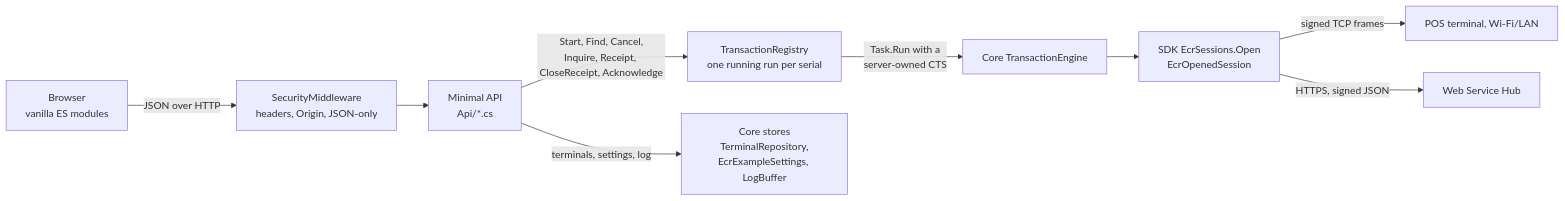
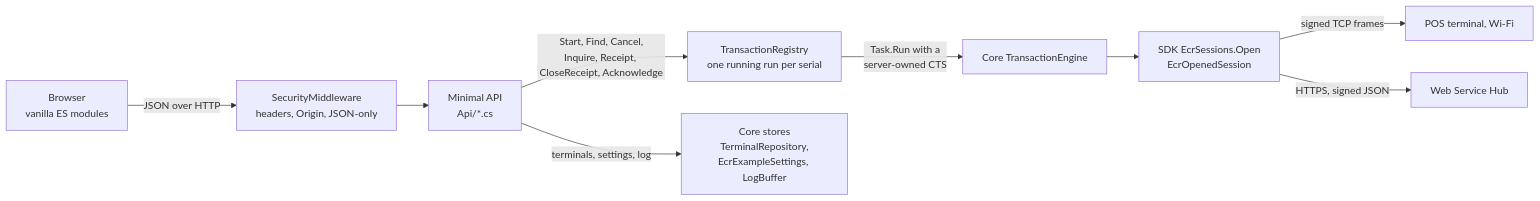
The first of 3 diagrams in AmwalECR-Web-Example/docs/implementation.md (amwal-pay/AmwalpayEcrWindowsExample), drawn with Mermaid before and after one commit. The commit also changed other lines of this file and 32 other files, not shown here.

````diff
--- a/AmwalECR-Web-Example/docs/implementation.md
+++ b/AmwalECR-Web-Example/docs/implementation.md
@@ -30,11 +30,11 @@
 ```mermaid
 flowchart LR
   B["Browser<br/>vanilla ES modules"] -->|"JSON over HTTP"| G["SecurityMiddleware<br/>headers, Origin, JSON-only"]
   G --> A["Minimal API<br/>Api/*.cs"]
   A -->|"Start, Find, Cancel,<br/>Inquire, Receipt, CloseReceipt, Acknowledge"| R["TransactionRegistry<br/>one running run per serial"]
   A -->|"terminals, settings, log"| C["Core stores<br/>TerminalRepository,<br/>EcrExampleSettings, LogBuffer"]
   R -->|"Task.Run with a<br/>server-owned CTS"| E["Core TransactionEngine"]
   E --> S["SDK EcrSessions.Open<br/>EcrOpenedSession"]
-  S -->|"signed TCP frames"| T["POS terminal, Wi-Fi/LAN"]
+  S -->|"signed TCP frames"| T["POS terminal, Wi-Fi"]
   S -->|"HTTPS, signed JSON"| H["Web Service Hub"]
 ```
````
